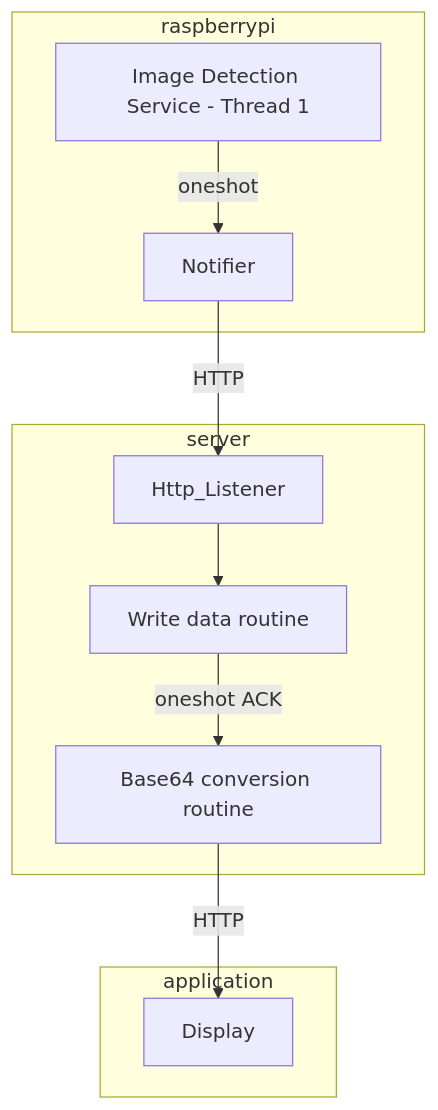
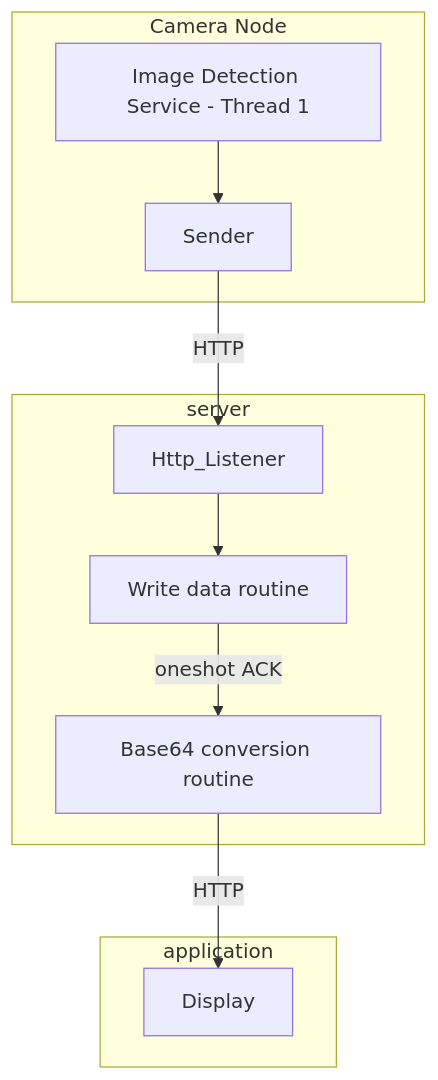
Before and after one commit to esfericos/headsafe: the diagram in docs/DESIGN.md, drawn with Mermaid.

````diff
--- a/docs/DESIGN.md
+++ b/docs/DESIGN.md
@@ -6,15 +6,16 @@
 ```mermaid
 flowchart TB
-        subgraph raspberrypi
+        subgraph Camera Node
             py[Image Detection Service - Thread 1]
-            py -- oneshot --> no[Notifier]
+            py --> no[Sender]
         end
         subgraph server
         no -- HTTP --> list[Http_Listener]
         list --> store[Write data routine]
         store -- oneshot ACK --> cv[Base64 conversion routine]
         end
         subgraph application
             cv -- HTTP --> Display
         end
+
 ```
````
